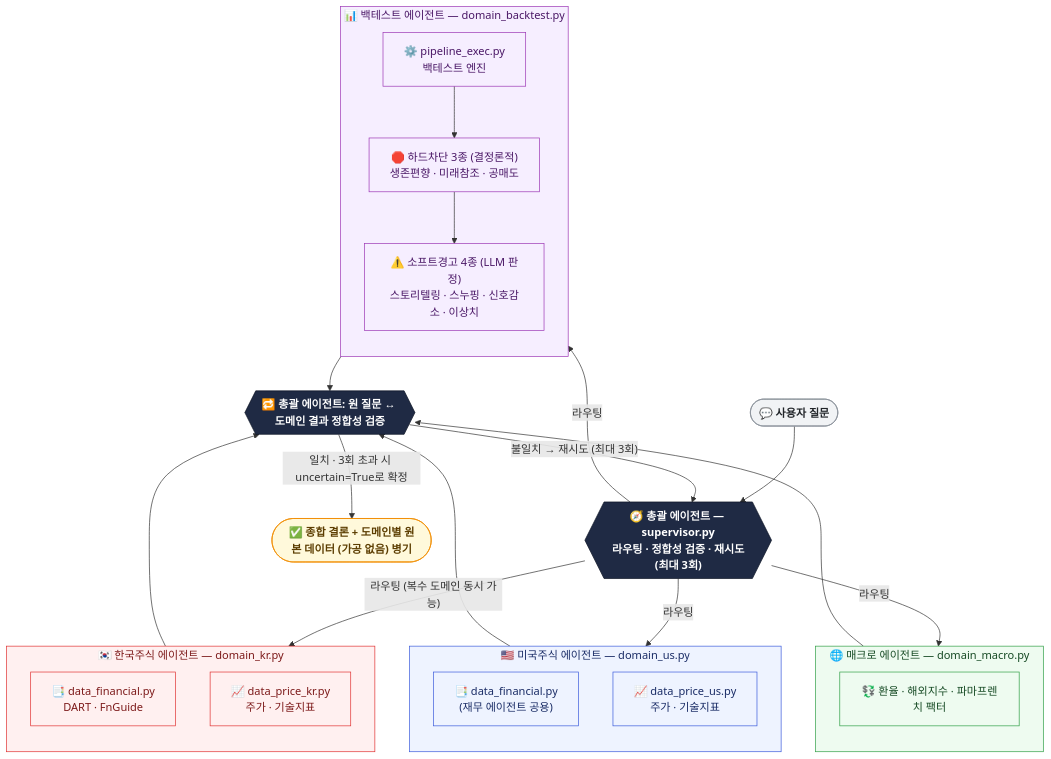
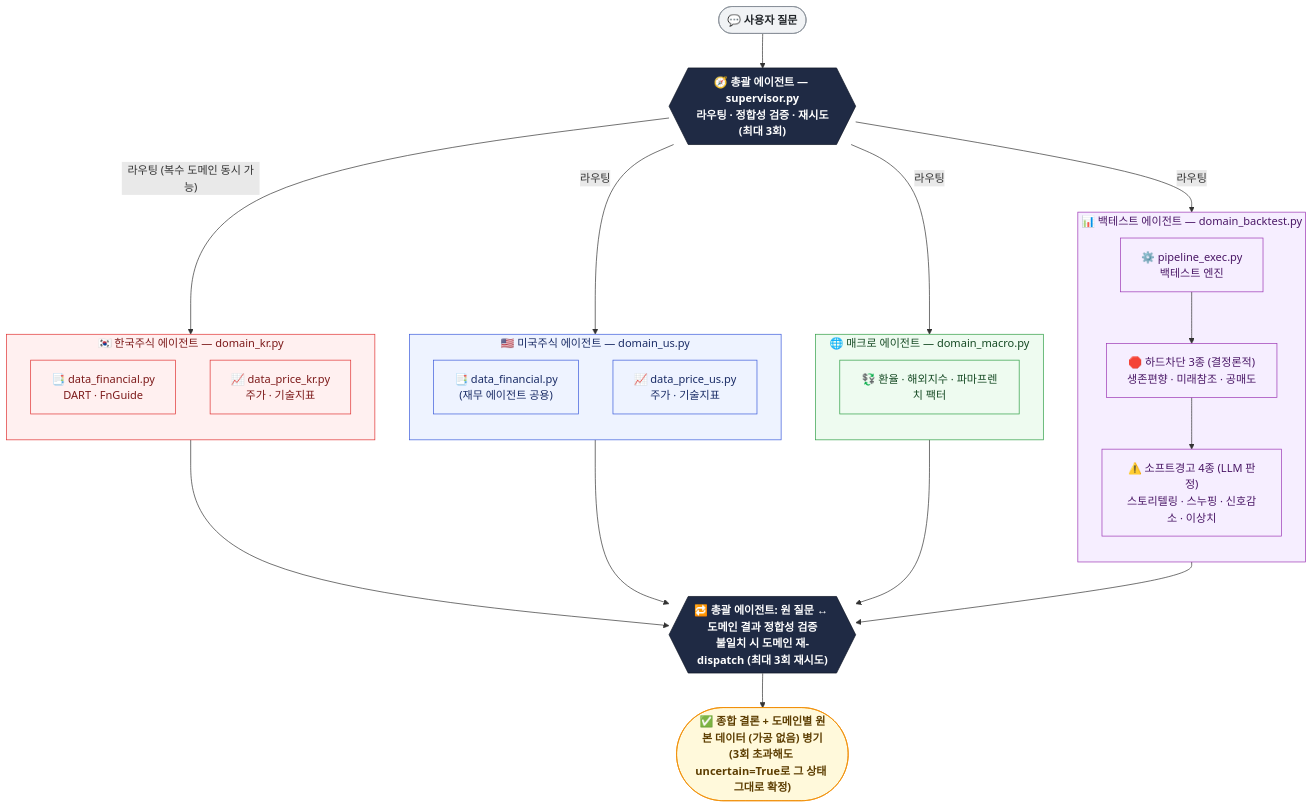
Before and after one commit to sonjong980304-tech/quant-assistant: the diagram in README.md, drawn with Mermaid.

Commit message:
README: 아키텍처 다이어그램 순환 레이아웃 수정 정합성 검증 실패 시 총괄 에이전트로 돌아가는 화살표가 Mermaid 자동배치에서 순환 구조로 인식되어 백테스트 박스가 엉뚱하게 맨 위로 밀려나는 문제가 있었다. 되돌아가는 화살표를 텍스트 설명으로 바꿔 사용자 질문 → 라우팅 → 도메인 에이전트 → 검증 → 결론 순서로 위에서 아래로 읽히도록 정리했다.

````diff
--- a/README.md
+++ b/README.md
@@ -26,64 +26,63 @@
 ```mermaid
 flowchart TB
     Q(["💬 사용자 질문"])
     SUP{{"🧭 총괄 에이전트 — supervisor.py<br/>라우팅 · 정합성 검증 · 재시도(최대 3회)"}}
 
     Q --> SUP
 
     subgraph KR_BOX["🇰🇷 한국주식 에이전트 — domain_kr.py"]
         direction TB
         KR_FIN["📑 data_financial.py<br/>DART · FnGuide"]
         KR_PRICE["📈 data_price_kr.py<br/>주가 · 기술지표"]
     end
 
     subgraph US_BOX["🇺🇸 미국주식 에이전트 — domain_us.py"]
         direction TB
         US_FIN["📑 data_financial.py<br/>(재무 에이전트 공용)"]
         US_PRICE["📈 data_price_us.py<br/>주가 · 기술지표"]
     end
 
     subgraph MACRO_BOX["🌐 매크로 에이전트 — domain_macro.py"]
         direction TB
         MACRO_DATA["💱 환율 · 해외지수 · 파마프렌치 팩터"]
     end
 
     subgraph BT_BOX["📊 백테스트 에이전트 — domain_backtest.py"]
         direction TB
         BT_PIPE["⚙️ pipeline_exec.py<br/>백테스트 엔진"]
         BT_HARD["🛑 하드차단 3종 (결정론적)<br/>생존편향 · 미래참조 · 공매도"]
         BT_SOFT["⚠️ 소프트경고 4종 (LLM 판정)<br/>스토리텔링 · 스누핑 · 신호감소 · 이상치"]
         BT_PIPE --> BT_HARD --> BT_SOFT
     end
 
     SUP -->|"라우팅 (복수 도메인 동시 가능)"| KR_BOX
     SUP -->|라우팅| US_BOX
     SUP -->|라우팅| MACRO_BOX
     SUP -->|라우팅| BT_BOX
 
     KR_BOX --> VERIFY
     US_BOX --> VERIFY
     MACRO_BOX --> VERIFY
     BT_BOX --> VERIFY
 
-    VERIFY{{"🔁 총괄 에이전트: 원 질문 ↔ 도메인 결과 정합성 검증"}}
-    RESULT(["✅ 종합 결론 + 도메인별 원본 데이터 (가공 없음) 병기"])
+    VERIFY{{"🔁 총괄 에이전트: 원 질문 ↔ 도메인 결과 정합성 검증<br/>불일치 시 도메인 재-dispatch (최대 3회 재시도)"}}
+    RESULT(["✅ 종합 결론 + 도메인별 원본 데이터 (가공 없음) 병기<br/>(3회 초과해도 uncertain=True로 그 상태 그대로 확정)"])
 
-    VERIFY -->|"불일치 → 재시도 (최대 3회)"| SUP
-    VERIFY -->|"일치 · 3회 초과 시 uncertain=True로 확정"| RESULT
+    VERIFY --> RESULT
 
     classDef q fill:#f1f3f5,stroke:#868e96,color:#212529,font-weight:bold
     classDef sup fill:#1f2a44,stroke:#0d1424,color:#ffffff,font-weight:bold
     classDef result fill:#fff9db,stroke:#f08c00,color:#5c3d00,font-weight:bold
     classDef kr fill:#fff0f0,stroke:#e03131,color:#7d1a1a
     classDef us fill:#eef3ff,stroke:#3b5bdb,color:#1a2c66
     classDef macro fill:#eefbf0,stroke:#2f9e44,color:#164a24
     classDef bt fill:#f6eeff,stroke:#9c36b5,color:#4a1766
 
     class Q q
     class SUP,VERIFY sup
     class RESULT result
     class KR_BOX,KR_FIN,KR_PRICE kr
     class US_BOX,US_FIN,US_PRICE us
     class MACRO_BOX,MACRO_DATA macro
     class BT_BOX,BT_PIPE,BT_HARD,BT_SOFT bt
 ```
````
